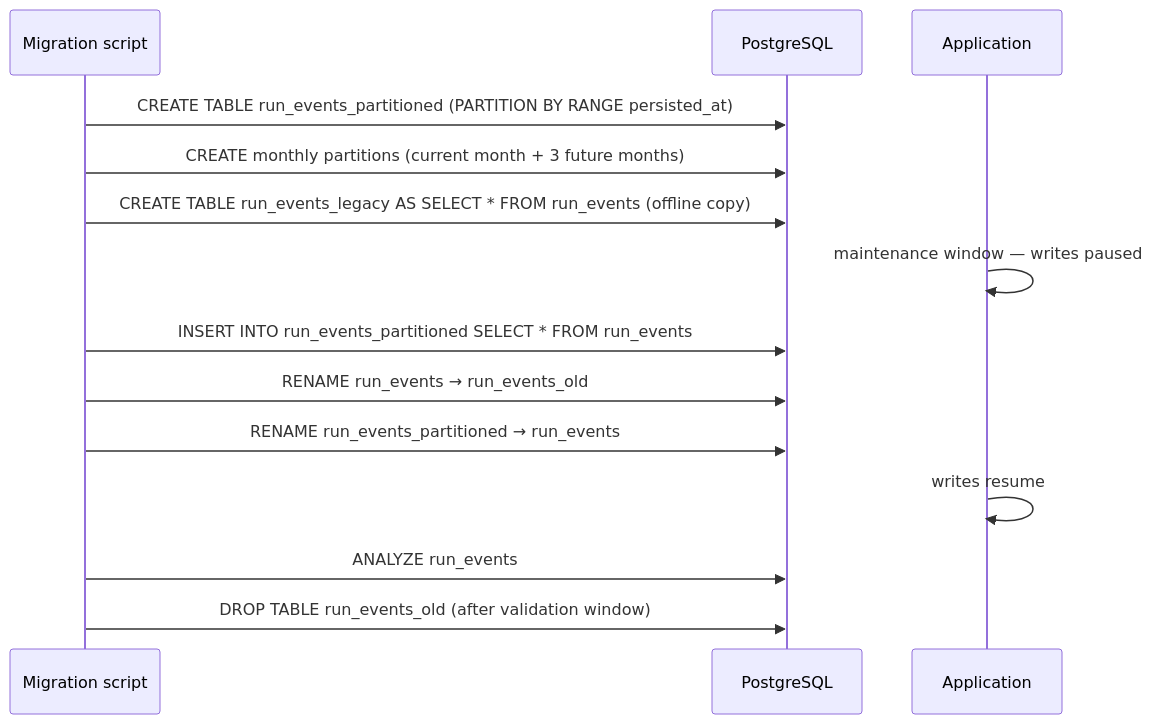
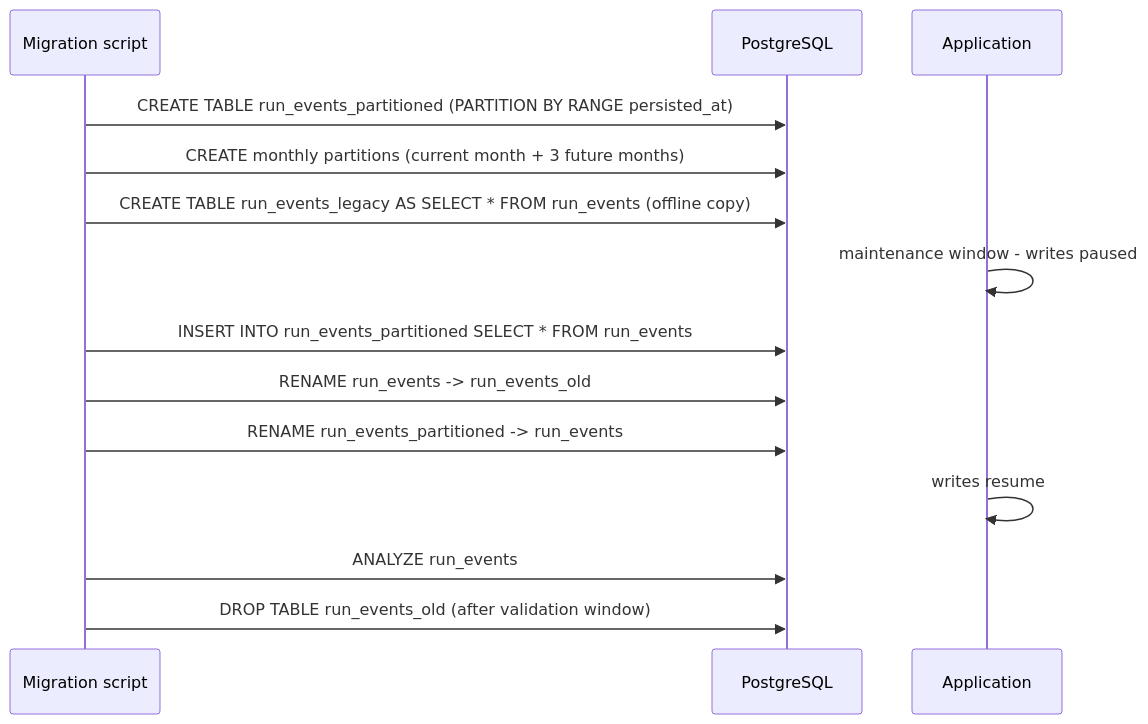
One commit to dunay2/dvt changed the tenth of 12 diagrams in docs/reviews/dvt-top3-gaps-roadmap-20260319.md. Above: the diagram before and after it, drawn with Mermaid. The commit also changed other lines of this file and 2 other files, not shown here.

Commit message:
docs(docs): Normalize top3 roadmap encoding and sync indexes

````diff
--- a/docs/reviews/dvt-top3-gaps-roadmap-20260319.md
+++ b/docs/reviews/dvt-top3-gaps-roadmap-20260319.md
@@ -398,17 +398,17 @@
 ```mermaid
 sequenceDiagram
     participant OPS as Migration script
     participant PG as PostgreSQL
     participant APP as Application
 
     OPS->>PG: CREATE TABLE run_events_partitioned (PARTITION BY RANGE persisted_at)
     OPS->>PG: CREATE monthly partitions (current month + 3 future months)
     OPS->>PG: CREATE TABLE run_events_legacy AS SELECT * FROM run_events (offline copy)
-    APP->>APP: maintenance window — writes paused
+    APP->>APP: maintenance window - writes paused
     OPS->>PG: INSERT INTO run_events_partitioned SELECT * FROM run_events
-    OPS->>PG: RENAME run_events → run_events_old
-    OPS->>PG: RENAME run_events_partitioned → run_events
+    OPS->>PG: RENAME run_events -> run_events_old
+    OPS->>PG: RENAME run_events_partitioned -> run_events
     APP->>APP: writes resume
     OPS->>PG: ANALYZE run_events
     OPS->>PG: DROP TABLE run_events_old (after validation window)
 ```
````
